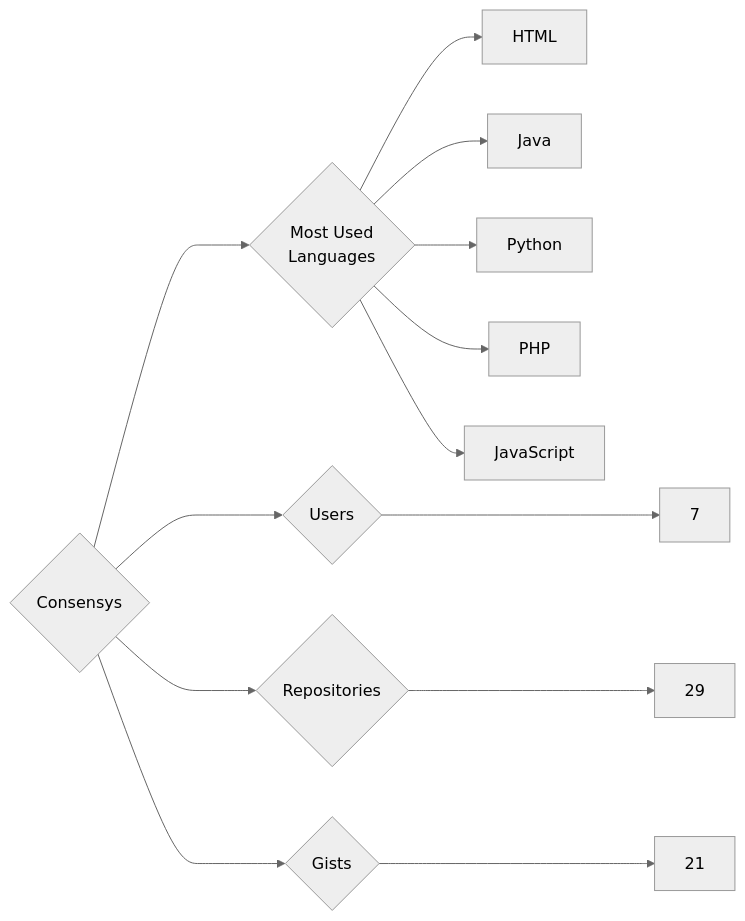
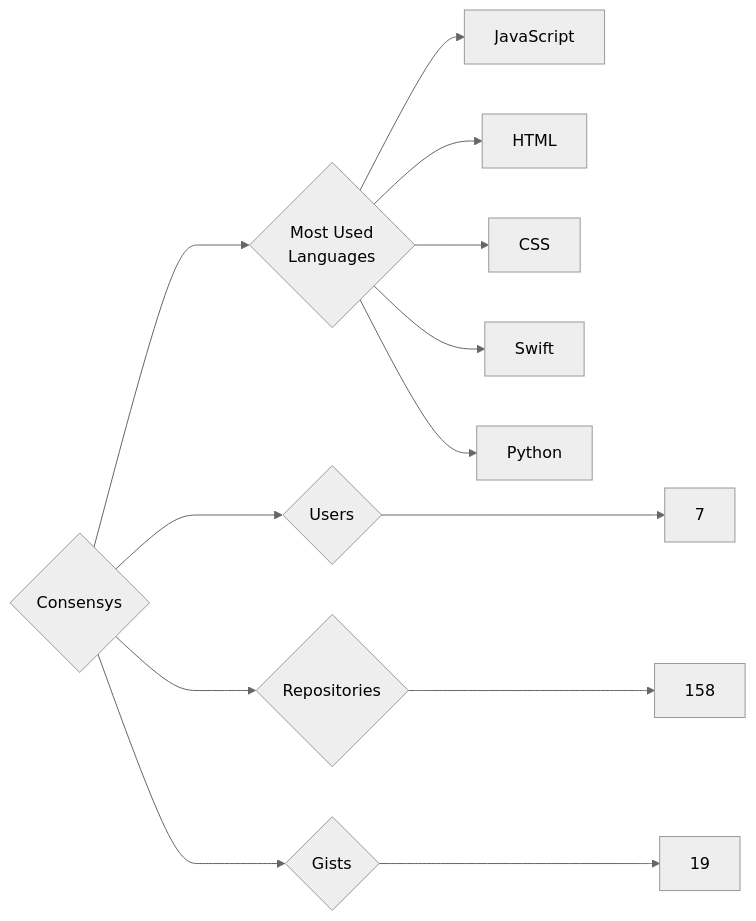
Before and after one commit to trickest/insiders: the diagram in targets/Consensys/README.md, drawn with Mermaid (neutral theme). The commit also changed 933 other files, not shown here.

````diff
--- a/targets/Consensys/README.md
+++ b/targets/Consensys/README.md
@@ -3,13 +3,13 @@
 ```mermaid
 graph LR
 COMPANY_NAME{Consensys}
 COMPANY_NAME ---> U{Users} ---> UN[7]
-COMPANY_NAME ---> R{Repositories} ---> RN[29]
-COMPANY_NAME ---> G{Gists} ---> GN[21]
+COMPANY_NAME ---> R{Repositories} ---> RN[158]
+COMPANY_NAME ---> G{Gists} ---> GN[19]
 COMPANY_NAME ---> ML{Most Used<br>Languages}
+ML --> JavaScript[JavaScript]
 ML --> HTML[HTML]
-ML --> Java[Java]
+ML --> CSS[CSS]
+ML --> Swift[Swift]
 ML --> Python[Python]
-ML --> PHP[PHP]
-ML --> JavaScript[JavaScript]
 ```
````
